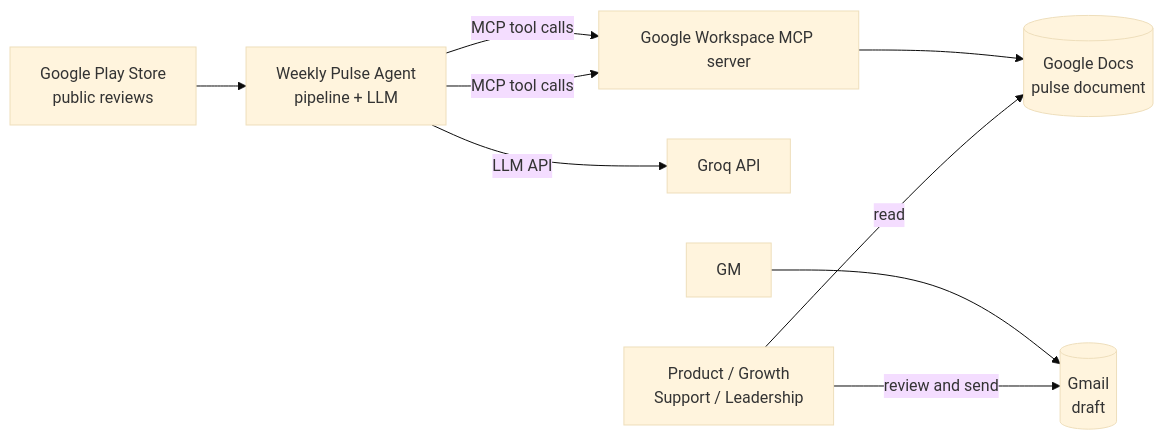
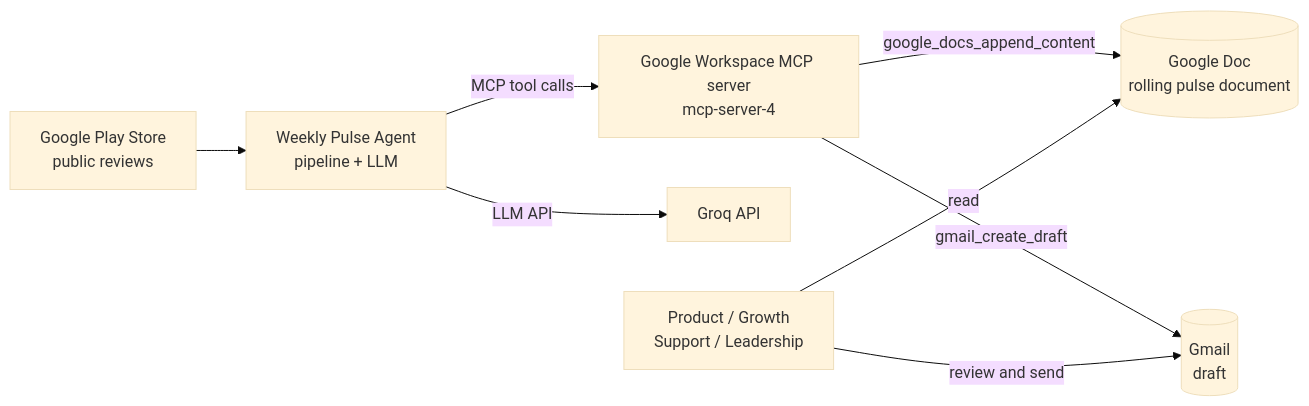
Before and after one commit to hardasprachti/AgenticAI_Project: the first of 4 diagrams in docs/architecture.md, drawn with Mermaid (base theme). The commit also changed other lines of this file and 12 other files, not shown here.

First line of the commit message:
Phase 5: MCP publishing to Google Docs and Gmail drafts

````diff
--- a/docs/architecture.md
+++ b/docs/architecture.md
@@ -24,11 +24,10 @@
 ```mermaid
 flowchart LR
     PS[Google Play Store<br/>public reviews] --> A
-    A[Weekly Pulse Agent<br/>pipeline + LLM] -->|MCP tool calls| DM[Google Workspace MCP server]
-    A -->|MCP tool calls| DM
+    A[Weekly Pulse Agent<br/>pipeline + LLM] -->|MCP tool calls| DM[Google Workspace MCP server<br/>mcp-server-4]
     A -->|LLM API| LLM[Groq API]
-    DM --> GD[(Google Docs<br/>pulse document)]
-    GM --> GMB[(Gmail<br/>draft)]
+    DM -->|google_docs_append_content| GD[(Google Doc<br/>rolling pulse document)]
+    DM -->|gmail_create_draft| GMB[(Gmail<br/>draft)]
     U[Product / Growth<br/>Support / Leadership] -->|read| GD
     U -->|review and send| GMB
 ```
````
